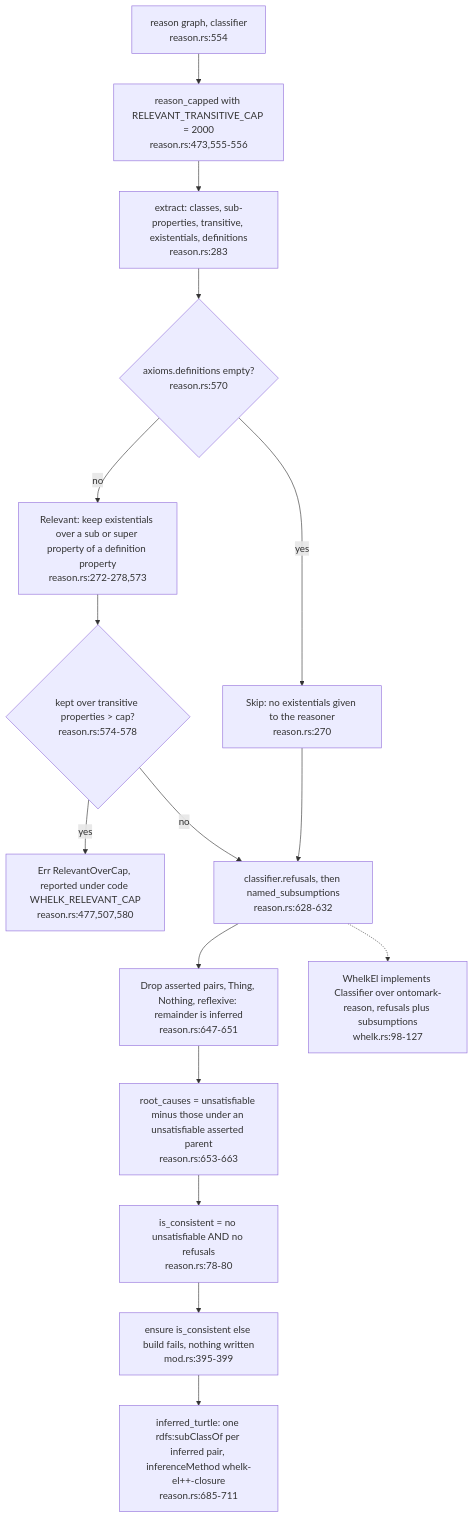
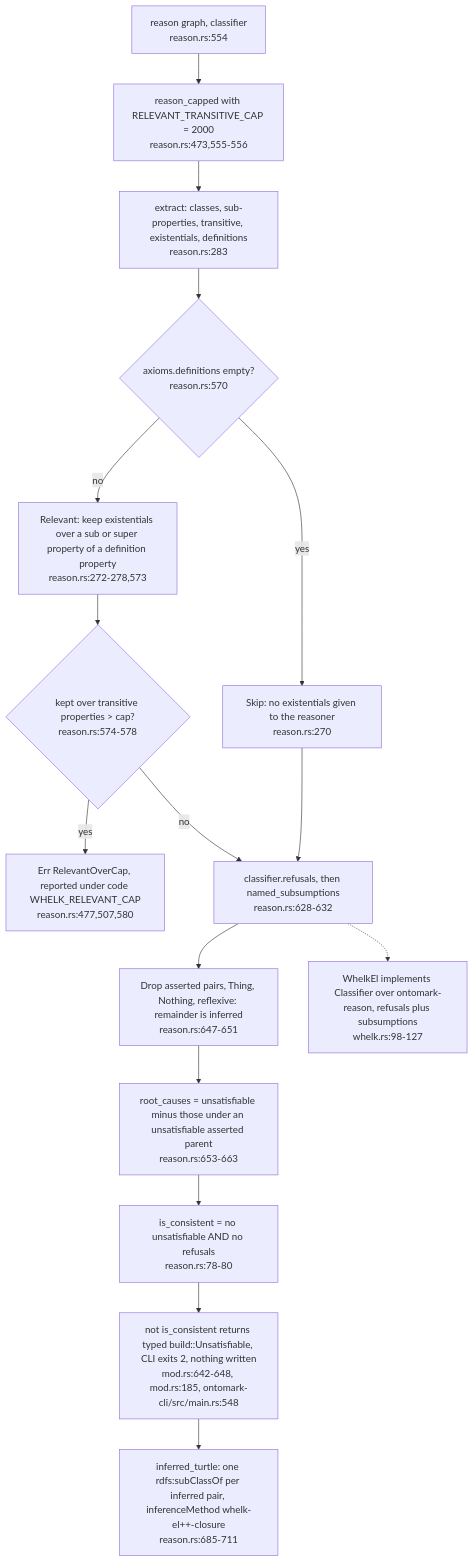
One commit to DreamLab-AI/VisionFlow changed the third of 7 diagrams in docs/diagrams/ontomark/04-emitters-turtle-indexes-tiers-and-contract-c3.md. Above: the diagram before and after it, drawn with Mermaid. The commit also changed other lines of this file and 10 other files, not shown here.

First line of the commit message:
docs(diagrams): re-stamp the ontomark corpus at ee9e04a; OM-06 machine scope and ingest contract

````diff
--- a/docs/diagrams/ontomark/04-emitters-turtle-indexes-tiers-and-contract-c3.md
+++ b/docs/diagrams/ontomark/04-emitters-turtle-indexes-tiers-and-contract-c3.md
@@ -95,27 +99,27 @@
 ```mermaid
 flowchart TD
     ENTRY["reason graph, classifier<br/>reason.rs:554"]
     CAPD["reason_capped with RELEVANT_TRANSITIVE_CAP = 2000<br/>reason.rs:473,555-556"]
     EXTR["extract: classes, sub-properties, transitive, existentials, definitions<br/>reason.rs:283"]
     NODEF{"axioms.definitions empty?<br/>reason.rs:570"}
     SKIP["Skip: no existentials given to the reasoner<br/>reason.rs:270"]
     KEEP["Relevant: keep existentials over a sub or super property of a definition property<br/>reason.rs:272-278,573"]
     OVER{"kept over transitive properties > cap?<br/>reason.rs:574-578"}
     ERR["Err RelevantOverCap, reported under code WHELK_RELEVANT_CAP<br/>reason.rs:477,507,580"]
     CLASSIFY["classifier.refusals, then named_subsumptions<br/>reason.rs:628-632"]
     SPLIT["Drop asserted pairs, Thing, Nothing, reflexive: remainder is inferred<br/>reason.rs:647-651"]
     ROOTS["root_causes = unsatisfiable minus those under an unsatisfiable asserted parent<br/>reason.rs:653-663"]
-    GATE["ensure is_consistent else build fails, nothing written<br/>mod.rs:395-399"]
+    GATE["not is_consistent returns typed build::Unsatisfiable, CLI exits 2, nothing written<br/>mod.rs:642-648, mod.rs:185, ontomark-cli/src/main.rs:548"]
     CONS["is_consistent = no unsatisfiable AND no refusals<br/>reason.rs:78-80"]
     INFTTL["inferred_turtle: one rdfs:subClassOf per inferred pair, inferenceMethod whelk-el++-closure<br/>reason.rs:685-711"]
     WH["WhelkEl implements Classifier over ontomark-reason, refusals plus subsumptions<br/>whelk.rs:98-127"]
     ENTRY --> CAPD --> EXTR --> NODEF
     NODEF -- yes --> SKIP
     NODEF -- no --> KEEP --> OVER
     OVER -- yes --> ERR
     OVER -- no --> CLASSIFY
     SKIP --> CLASSIFY
     CLASSIFY --> SPLIT --> ROOTS --> CONS --> GATE
     GATE --> INFTTL
     CLASSIFY -.-> WH
 ```
````
